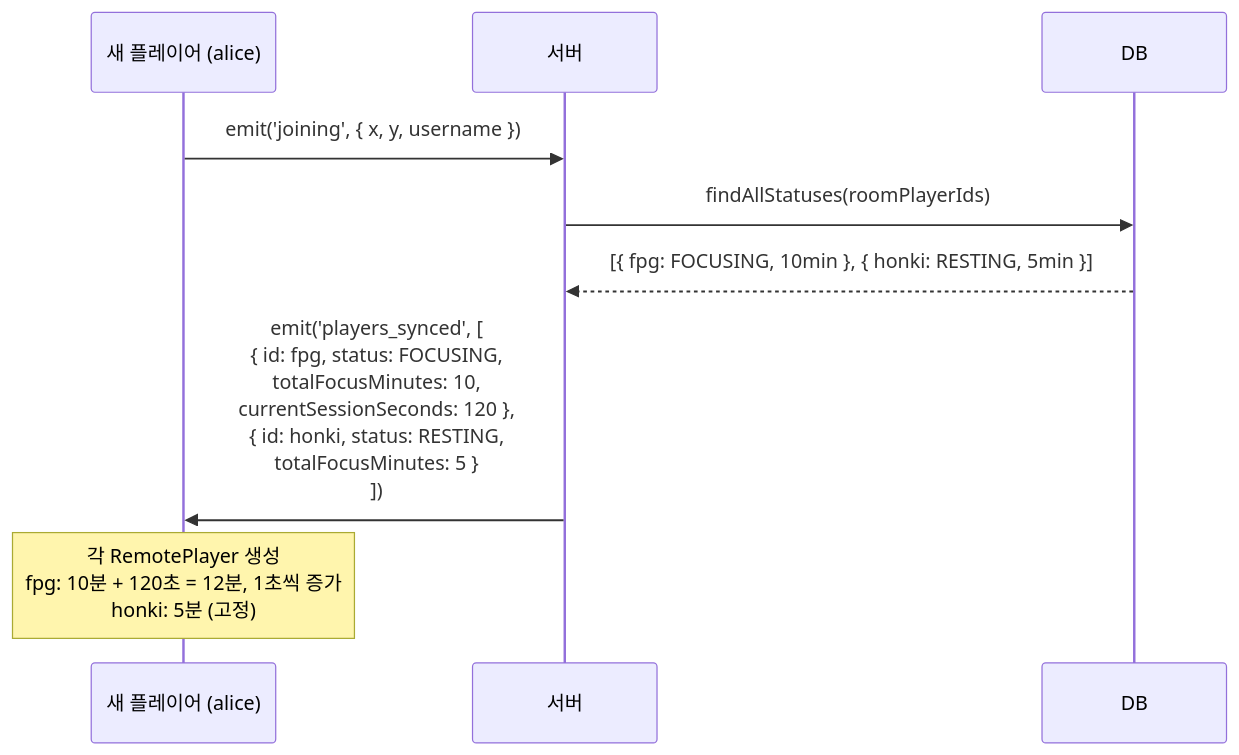
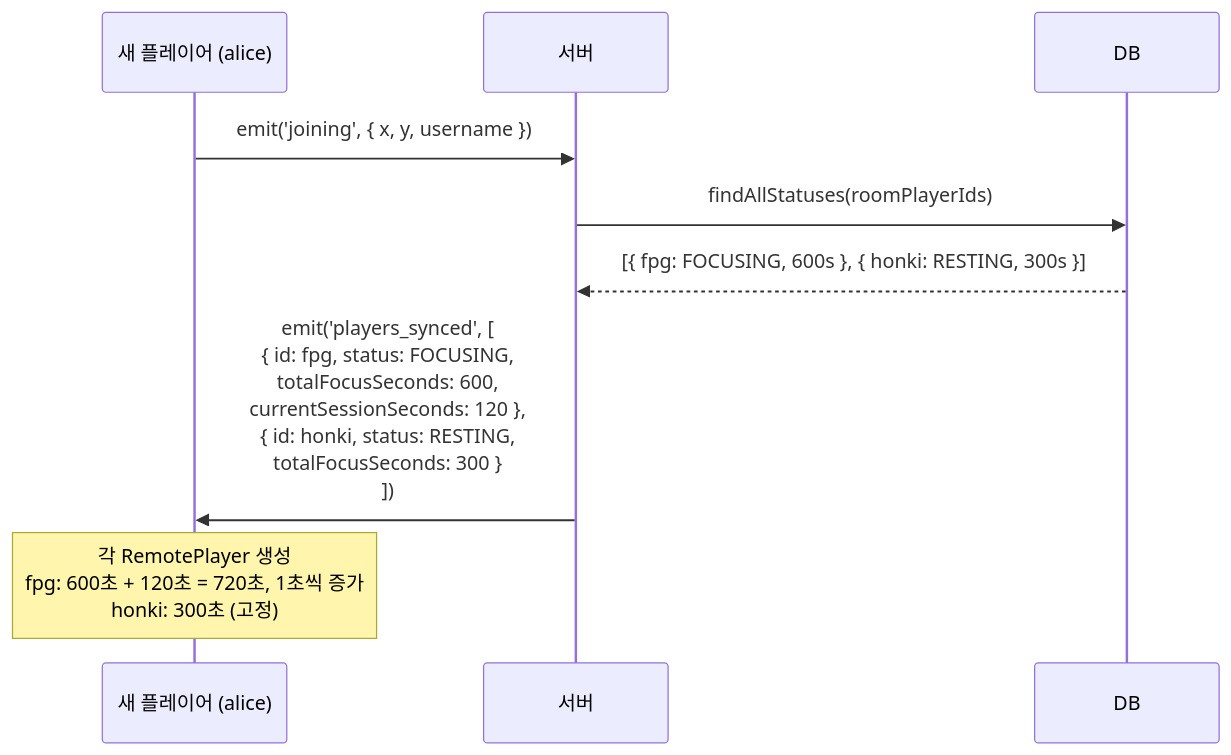
One commit to boostcampwm2025/web19-estrogenquattro changed the sixth of 10 diagrams in docs/reference/FOCUS_TIME.md. Above: the diagram before and after it, drawn with Mermaid. The commit also changed other lines of this file and 24 other files, not shown here.

````diff
--- a/docs/reference/FOCUS_TIME.md
+++ b/docs/reference/FOCUS_TIME.md
@@ -151,15 +151,15 @@
 ```mermaid
 sequenceDiagram
     participant New as 새 플레이어 (alice)
     participant Server as 서버
     participant DB as DB
 
     New->>Server: emit('joining', { x, y, username })
 
     Server->>DB: findAllStatuses(roomPlayerIds)
-    DB-->>Server: [{ fpg: FOCUSING, 10min }, { honki: RESTING, 5min }]
+    DB-->>Server: [{ fpg: FOCUSING, 600s }, { honki: RESTING, 300s }]
 
-    Server->>New: emit('players_synced', [<br/>  { id: fpg, status: FOCUSING,<br/>    totalFocusMinutes: 10,<br/>    currentSessionSeconds: 120 },<br/>  { id: honki, status: RESTING,<br/>    totalFocusMinutes: 5 }<br/>])
+    Server->>New: emit('players_synced', [<br/>  { id: fpg, status: FOCUSING,<br/>    totalFocusSeconds: 600,<br/>    currentSessionSeconds: 120 },<br/>  { id: honki, status: RESTING,<br/>    totalFocusSeconds: 300 }<br/>])
 
-    Note over New: 각 RemotePlayer 생성<br/>fpg: 10분 + 120초 = 12분, 1초씩 증가<br/>honki: 5분 (고정)
+    Note over New: 각 RemotePlayer 생성<br/>fpg: 600초 + 120초 = 720초, 1초씩 증가<br/>honki: 300초 (고정)
 ```
````
